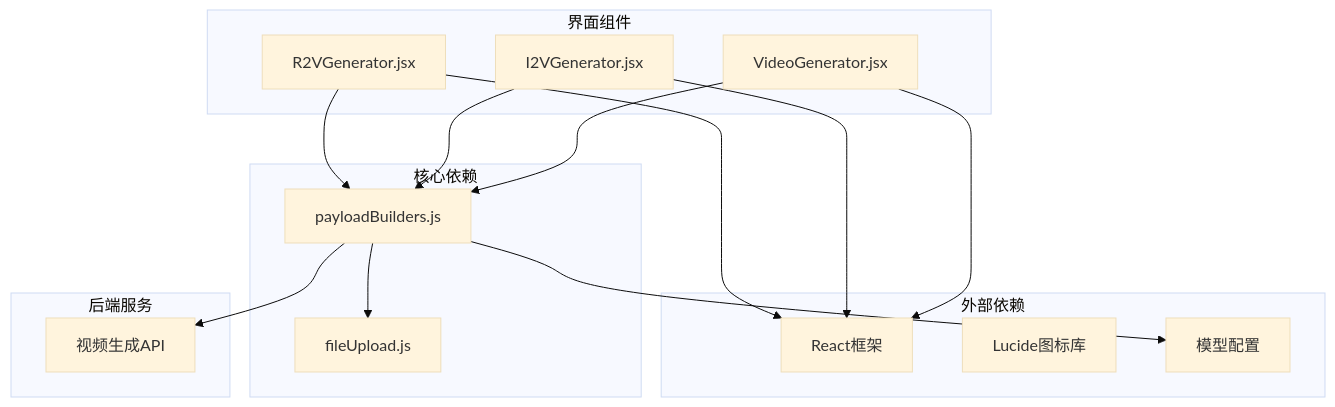
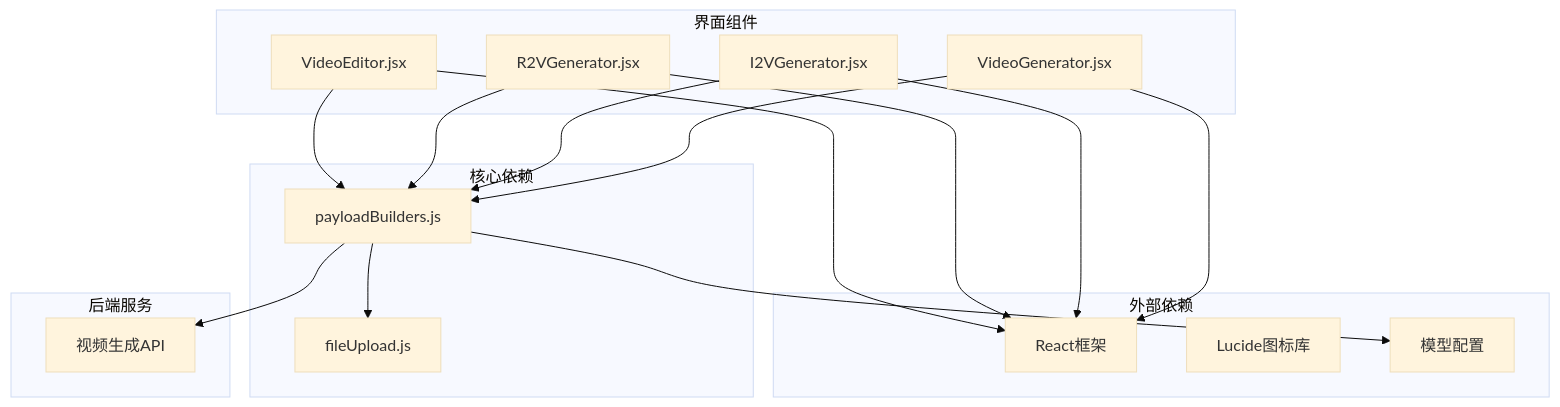
One commit to alex0001yyy/wan-app changed the eighth of 8 diagrams in .qoder/repowiki/zh/content/配置系统/负载构建器/视频生成构建器.md. Above: the diagram before and after it, drawn with Mermaid (base theme). The commit also changed other lines of this file and 35 other files, not shown here.

````diff
--- a/.qoder/repowiki/zh/content/配置系统/负载构建器/视频生成构建器.md
+++ b/.qoder/repowiki/zh/content/配置系统/负载构建器/视频生成构建器.md
@@ -309,29 +397,32 @@
 ```mermaid
 graph TD
 subgraph "外部依赖"
 REACT[React框架]
 LUCIDE[Lucide图标库]
 MODELS[模型配置]
 end
 subgraph "核心依赖"
 PB[payloadBuilders.js]
 UTILS[fileUpload.js]
 end
 subgraph "界面组件"
 VG[VideoGenerator.jsx]
 I2VG[I2VGenerator.jsx]
 R2VG[R2VGenerator.jsx]
+VED[VideoEditor.jsx]
 end
 subgraph "后端服务"
 API[视频生成API]
 end
 VG --> PB
 I2VG --> PB
 R2VG --> PB
+VED --> PB
 PB --> UTILS
 PB --> MODELS
 VG --> REACT
 I2VG --> REACT
 R2VG --> REACT
+VED --> REACT
 PB --> API
 ```
````
